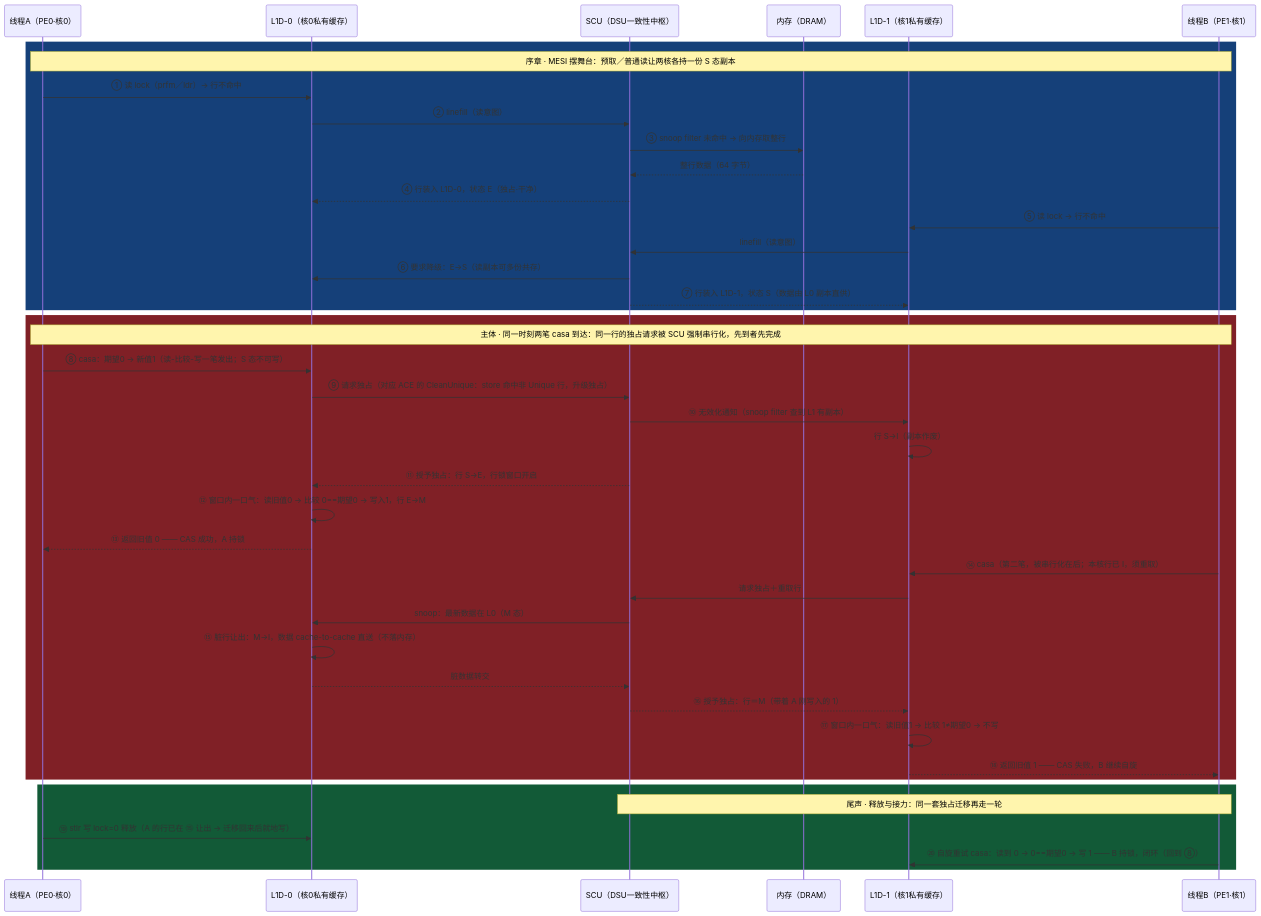
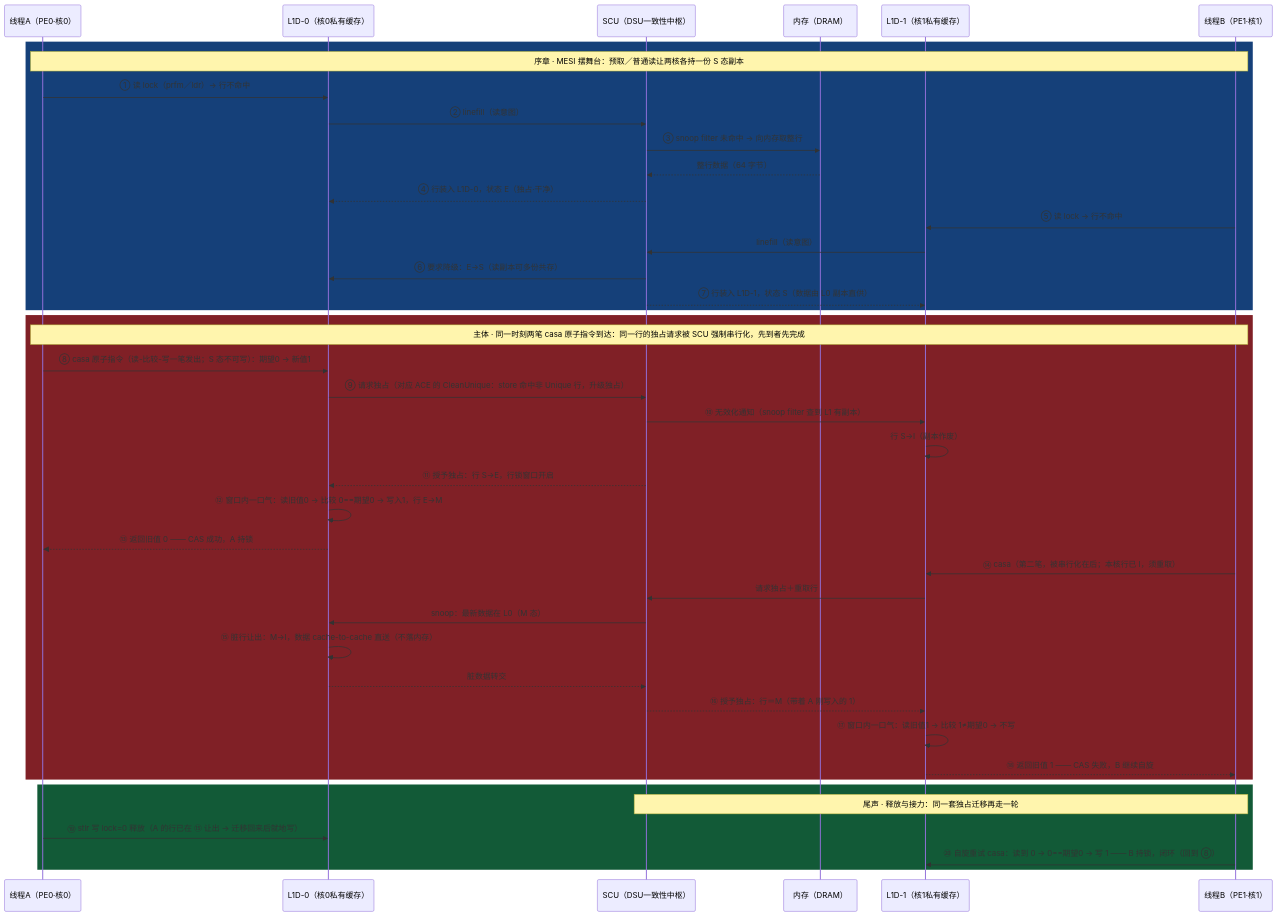
One commit to Berries-Wang/Berries-Kernel changed the diagram in 001.UNIX-DOCS/051.AI-ASSISANT/002.缓存一致性与CAS(arm64两核争抢一个原子变量全流程).md. Above: the diagram before and after it, drawn with Mermaid. The commit also changed other lines of this file and 4 other files, not shown here.

````diff
--- a/001.UNIX-DOCS/051.AI-ASSISANT/002.缓存一致性与CAS(arm64两核争抢一个原子变量全流程).md
+++ b/001.UNIX-DOCS/051.AI-ASSISANT/002.缓存一致性与CAS(arm64两核争抢一个原子变量全流程).md
@@ -40,48 +40,48 @@
 ```mermaid
 %%{init: {"theme":"base","themeVariables":{"background":"#000000","fontFamily":"PingFang SC, Microsoft YaHei, sans-serif","actorBkg":"#1f2937","actorBorder":"#6b7280","actorTextColor":"#ffffff","actorLineColor":"#9ca3af","signalColor":"#ffffff","signalTextColor":"#ffffff","noteBkgColor":"#111827","noteTextColor":"#ffffff","noteBorderColor":"#6b7280","actorFontSize":"18px","messageFontSize":"17px","noteFontSize":"15px"},"sequence":{"messageMargin":42,"actorMargin":90},"themeCSS":"svg{background-color:#000000;}"}%%
 sequenceDiagram
     participant A as 线程A（PE0·核0）
     participant L0 as L1D-0（核0私有缓存）
     participant S as SCU（DSU一致性中枢）
     participant M as 内存（DRAM）
     participant L1 as L1D-1（核1私有缓存）
     participant B as 线程B（PE1·核1）
 
     rect rgb(21,64,121)
         Note over A,B: 序章 · MESI 摆舞台：预取／普通读让两核各持一份 S 态副本
         A->>L0: ① 读 lock（prfm／ldr）→ 行不命中
         L0->>S: ② linefill（读意图）
         S->>M: ③ snoop filter 未命中 → 向内存取整行
         M-->>S: 整行数据（64 字节）
         S-->>L0: ④ 行装入 L1D-0，状态 E（独占·干净）
         B->>L1: ⑤ 读 lock → 行不命中
         L1->>S: linefill（读意图）
         S->>L0: ⑥ 要求降级：E→S（读副本可多份共存）
         S-->>L1: ⑦ 行装入 L1D-1，状态 S（数据由 L0 副本直供）
     end
 
     rect rgb(128,32,38)
-        Note over A,B: 主体 · 同一时刻两笔 casa 到达：同一行的独占请求被 SCU 强制串行化，先到者先完成
-        A->>L0: ⑧ casa：期望0 → 新值1（读-比较-写一笔发出；S 态不可写）
+        Note over A,B: 主体 · 同一时刻两笔 casa 原子指令到达：同一行的独占请求被 SCU 强制串行化，先到者先完成
+        A->>L0: ⑧ casa 原子指令（读-比较-写一笔发出；S 态不可写）：期望0 → 新值1
         L0->>S: ⑨ 请求独占（对应 ACE 的 CleanUnique：store 命中非 Unique 行，升级独占）
         S->>L1: ⑩ 无效化通知（snoop filter 查到 L1 有副本）
         L1->>L1: 行 S→I（副本作废）
         S-->>L0: ⑪ 授予独占：行 S→E，行锁窗口开启
         L0->>L0: ⑫ 窗口内一口气：读旧值0 → 比较 0==期望0 → 写入1，行 E→M
         L0-->>A: ⑬ 返回旧值 0 —— CAS 成功，A 持锁
         B->>L1: ⑭ casa（第二笔，被串行化在后；本核行已 I，须重取）
         L1->>S: 请求独占＋重取行
         S->>L0: snoop：最新数据在 L0（M 态）
         L0->>L0: ⑮ 脏行让出：M→I，数据 cache-to-cache 直送（不落内存）
         L0-->>S: 脏数据转交
         S-->>L1: ⑯ 授予独占：行＝M（带着 A 刚写入的 1）
         L1->>L1: ⑰ 窗口内一口气：读旧值1 → 比较 1≠期望0 → 不写
         L1-->>B: ⑱ 返回旧值 1 —— CAS 失败，B 继续自旋
     end
 
     rect rgb(18,90,55)
         Note over S,B: 尾声 · 释放与接力：同一套独占迁移再走一轮
         A->>L0: ⑲ stlr 写 lock=0 释放（A 的行已在 ⑮ 让出 → 迁移回来后就地写）
         B->>L1: ⑳ 自旋重试 casa：读到 0 → 0==期望0 → 写 1 —— B 持锁，闭环（回到 ⑧）
     end
 ```
````
